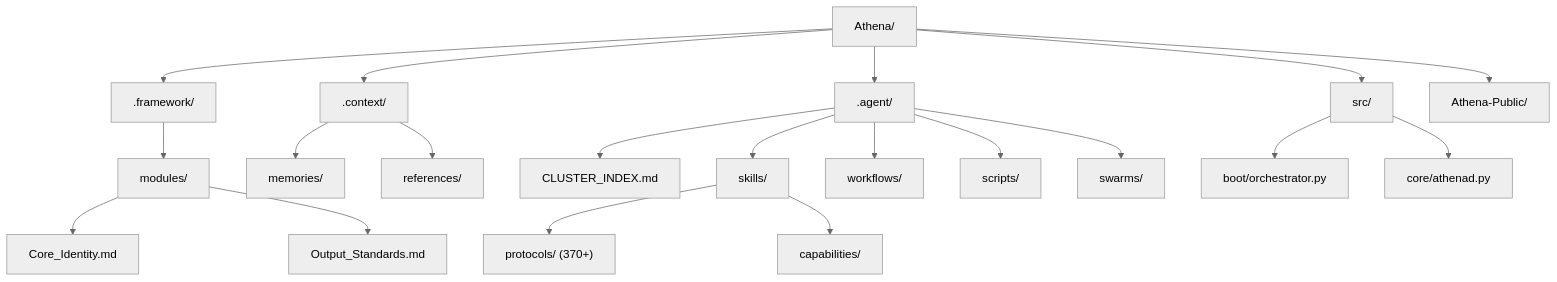
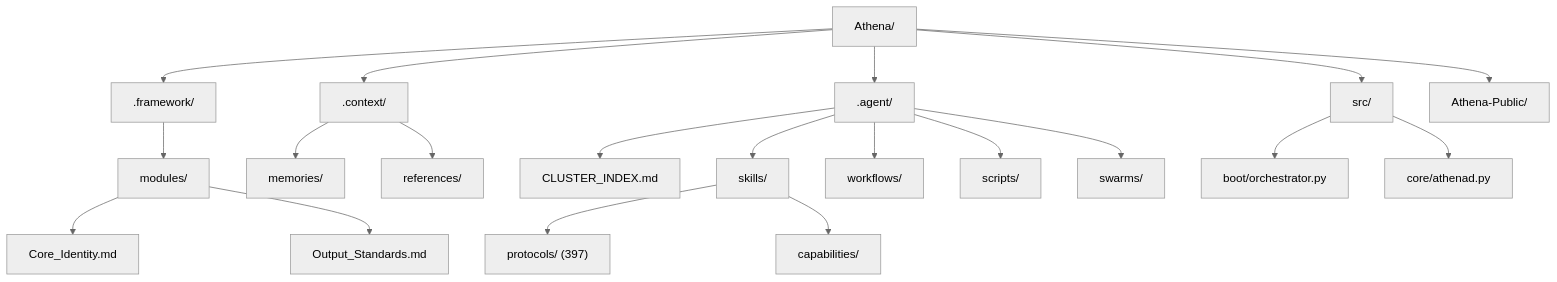
The first of 9 diagrams in docs/ARCHITECTURE.md (agent-memory-atlas-archive/winstonkoh87--Athena-Public), drawn with Mermaid (neutral theme) before and after one commit. The commit also changed other lines of this file, not shown here.

Commit message:
fix: sync stale counts in ARCHITECTURE.md (397 protocols, 21 skills, 53 workflows, 127 examples)

````diff
--- a/docs/ARCHITECTURE.md
+++ b/docs/ARCHITECTURE.md
@@ -101,27 +101,27 @@
 ```mermaid
 graph TD
     ROOT[Athena/] --> FRAMEWORK[.framework/]
     ROOT --> CONTEXT[.context/]
     ROOT --> AGENT[.agent/]
     ROOT --> SRC[src/]
     ROOT --> PUBLIC[Athena-Public/]
 
     FRAMEWORK --> FW_MODULES[modules/]
     FW_MODULES --> CORE_ID[Core_Identity.md]
     FW_MODULES --> OUTPUT[Output_Standards.md]
 
     CONTEXT --> MEMORIES[memories/]
     CONTEXT --> REFS[references/]
 
     AGENT --> CLUSTER_IDX[CLUSTER_INDEX.md]
     AGENT --> SKILLS[skills/]
     AGENT --> WORKFLOWS[workflows/]
     AGENT --> SCRIPTS[scripts/]
     AGENT --> SWARMS[swarms/]
 
-    SKILLS --> PROTOCOLS["protocols/ (370+)"]
+    SKILLS --> PROTOCOLS["protocols/ (397)"]
     SKILLS --> CAPS[capabilities/]
 
     SRC --> BOOT[boot/orchestrator.py]
     SRC --> CORE[core/athenad.py]
 ```
````
